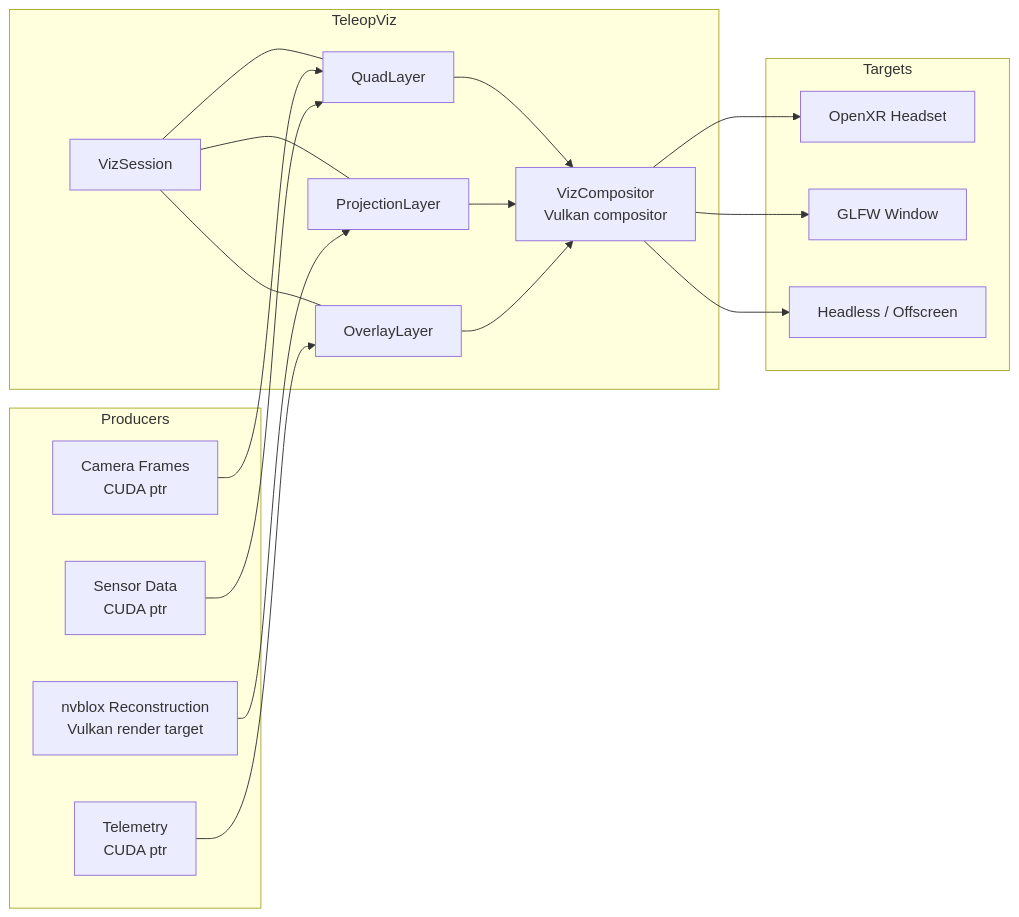
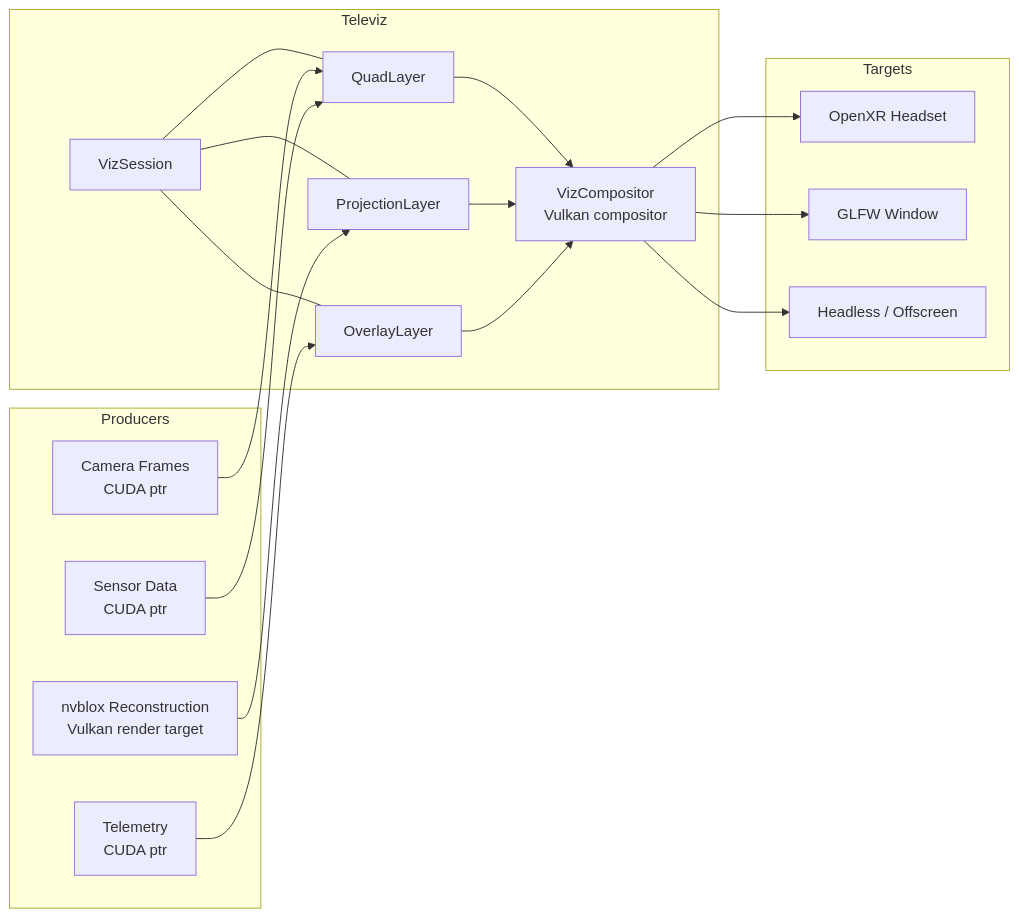
Before and after one commit to NVIDIA/IsaacTeleop: the first of 2 diagrams in design_sm.md, drawn with Mermaid. The commit also changed other lines of this file and 1 other file, not shown here.

````diff
--- a/design_sm.md
+++ b/design_sm.md
@@ -76,31 +76,31 @@
 ```mermaid
 graph LR
     subgraph Producers
         A[Camera Frames<br/>CUDA ptr]
         B[Sensor Data<br/>CUDA ptr]
         C[nvblox Reconstruction<br/>Vulkan render target]
         D[Telemetry<br/>CUDA ptr]
     end
 
-    subgraph TeleopViz
+    subgraph Televiz
         E[VizSession]
         F[QuadLayer]
         G[ProjectionLayer]
         H[OverlayLayer]
         I[VizCompositor<br/>Vulkan compositor]
         E --- F & G & H
         F & G & H --> I
     end
 
     subgraph Targets
         J[OpenXR Headset]
         K[GLFW Window]
         L[Headless / Offscreen]
     end
 
     A --> F
     B --> F
     C --> G
     D --> H
     I --> J & K & L
 ```
````
